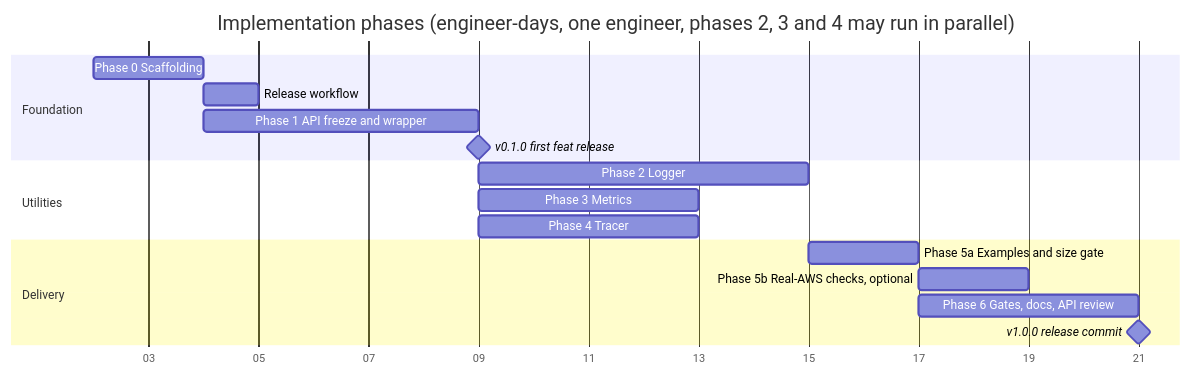
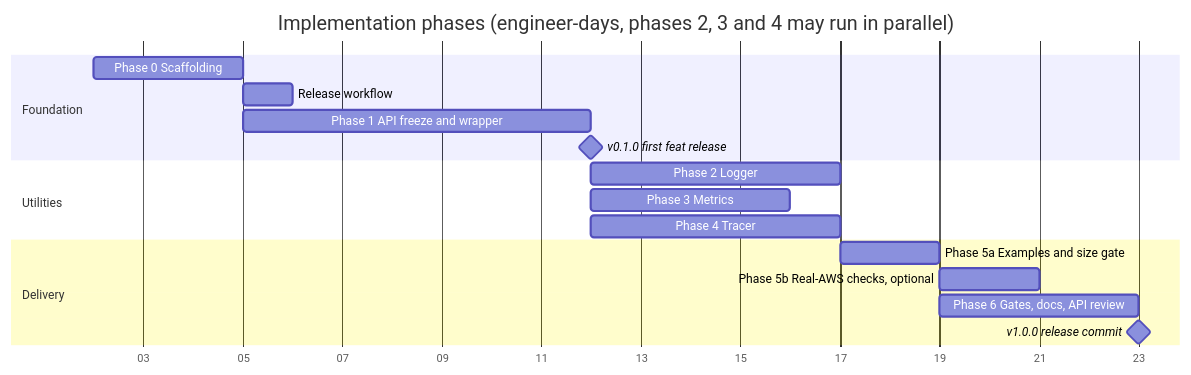
The first of 2 diagrams in 07-roadmap.md (christiangda/powertools-lambda-go-plan), drawn with Mermaid before and after one commit. The commit also changed other lines of this file and 11 other files, not shown here.

````diff
--- a/07-roadmap.md
+++ b/07-roadmap.md
@@ -7,20 +9,20 @@
 ```mermaid
 gantt
-  title Implementation phases (engineer-days, one engineer, phases 2, 3 and 4 may run in parallel)
+  title Implementation phases (engineer-days, phases 2, 3 and 4 may run in parallel)
   dateFormat YYYY-MM-DD
   axisFormat %d
   section Foundation
-    Phase 0 Scaffolding               :p0, 2026-11-02, 2d
+    Phase 0 Scaffolding               :p0, 2026-11-02, 3d
     Release workflow                  :rw, after p0, 1d
-    Phase 1 API freeze and wrapper    :p1, after p0, 5d
+    Phase 1 API freeze and wrapper    :p1, after p0, 7d
     v0.1.0 first feat release         :milestone, m01, after p1, 0d
   section Utilities
-    Phase 2 Logger                    :p2, after p1, 6d
+    Phase 2 Logger                    :p2, after p1, 5d
     Phase 3 Metrics                   :p3, after p1, 4d
-    Phase 4 Tracer                    :p4, after p1, 4d
+    Phase 4 Tracer                    :p4, after p1, 5d
   section Delivery
-    Phase 5a Examples and size gate   :p5a, after p2, 2d
+    Phase 5a Examples and size gate   :p5a, after p2 p4, 2d
     Phase 5b Real-AWS checks, optional :p5b, after p5a, 2d
     Phase 6 Gates, docs, API review   :p6, after p5a, 4d
     v1.0.0 release commit             :milestone, m10, after p6, 0d
 ```
````
